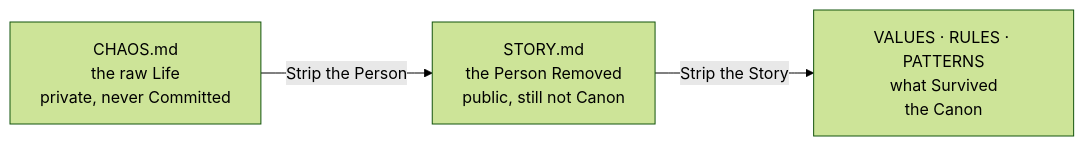
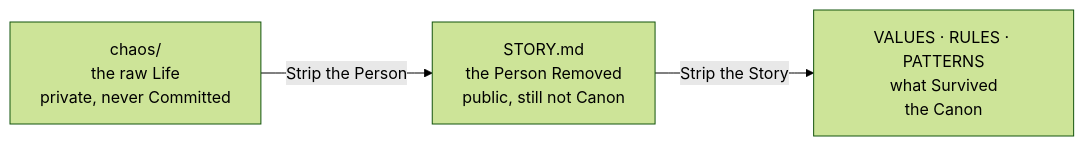
Before and after one commit to cangrejometralleta/OneTwoThree: the fourth of 4 diagrams in README.md, drawn with Mermaid (forest theme). The commit also changed other lines of this file, not shown here.

Commit message:
Bring the README up to date with chaos/, story states and the examples

````diff
--- a/README.md
+++ b/README.md
@@ -162,7 +170,7 @@
 ```mermaid
 flowchart LR
-    CHAOS["CHAOS.md<br/>the raw Life<br/>private, never Committed"]
+    CHAOS["chaos/<br/>the raw Life<br/>private, never Committed"]
     STORY["STORY.md<br/>the Person Removed<br/>public, still not Canon"]
     CANON["VALUES · RULES · PATTERNS<br/>what Survived<br/>the Canon"]
     CHAOS -- "Strip the Person" --> STORY -- "Strip the Story" --> CANON
 ```
````
